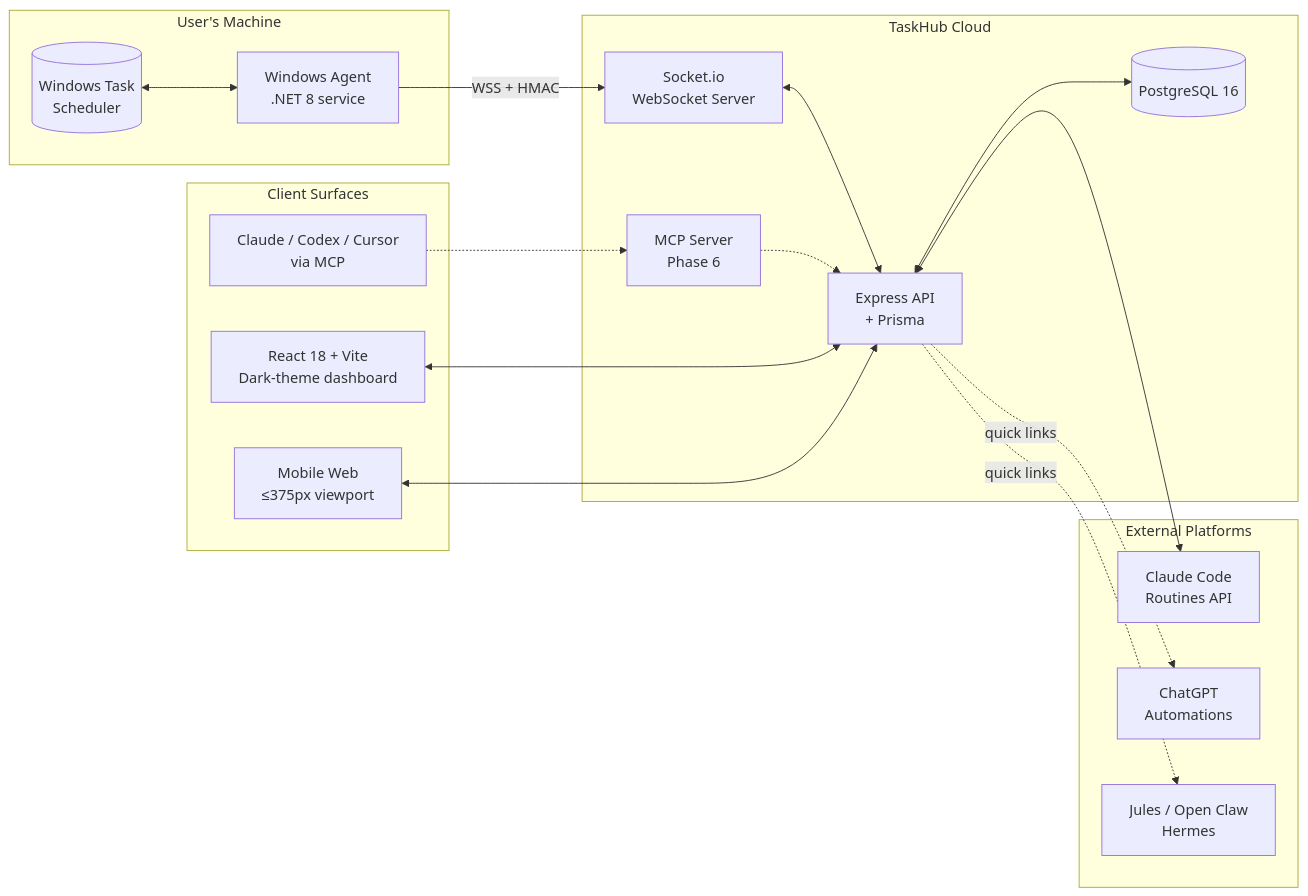
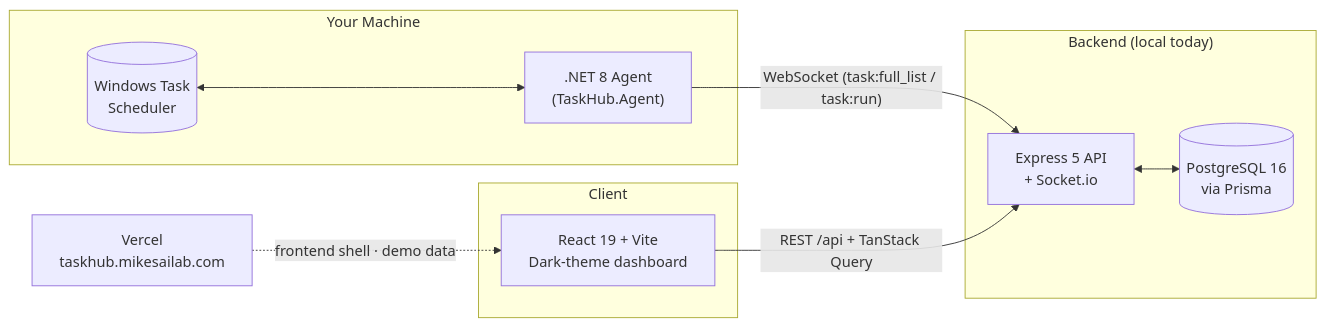
The diagram in README.md (ai-automation-tools/cronsole), drawn with Mermaid before and after one commit. The commit also changed other lines of this file, not shown here.

First line of the commit message:
docs: rewrite README for MVP-prototype + live-demo state

````diff
--- a/README.md
+++ b/README.md
@@ -54,38 +56,23 @@
 ```mermaid
 graph LR
-    subgraph User["User's Machine"]
+    subgraph User["Your Machine"]
         WTS[(Windows Task<br/>Scheduler)]
-        AGENT[Windows Agent<br/>.NET 8 service]
+        AGENT[".NET 8 Agent<br/>(TaskHub.Agent)"]
         WTS <--> AGENT
     end
 
-    subgraph Cloud["TaskHub Cloud"]
-        WS[Socket.io<br/>WebSocket Server]
-        API[Express API<br/>+ Prisma]
-        DB[(PostgreSQL 16)]
-        MCP[MCP Server<br/>Phase 6]
+    subgraph Backend["Backend (local today)"]
+        API["Express 5 API<br/>+ Socket.io"]
+        DB[(PostgreSQL 16<br/>via Prisma)]
         API <--> DB
-        WS <--> API
-        MCP -.-> API
     end
 
-    subgraph Client["Client Surfaces"]
-        WEB[React 18 + Vite<br/>Dark-theme dashboard]
-        MOBILE[Mobile Web<br/>≤375px viewport]
-        LLM[Claude / Codex / Cursor<br/>via MCP]
+    subgraph Client["Client"]
+        WEB["React 19 + Vite<br/>Dark-theme dashboard"]
     end
 
-    subgraph Platforms["External Platforms"]
-        CC[Claude Code<br/>Routines API]
-        GPT[ChatGPT<br/>Automations]
-        JULES[Jules / Open Claw<br/>Hermes]
-    end
+    AGENT -- "WebSocket (task:full_list / task:run)" --> API
+    WEB -- "REST /api + TanStack Query" --> API
 
-    AGENT -- WSS + HMAC --> WS
-    WEB <--> API
-    MOBILE <--> API
-    LLM -.-> MCP
-    API <--> CC
-    API -. quick links .-> GPT
-    API -. quick links .-> JULES
+    VERCEL["Vercel<br/>taskhub.mikesailab.com"] -. "frontend shell · demo data" .-> WEB
 ```
````
